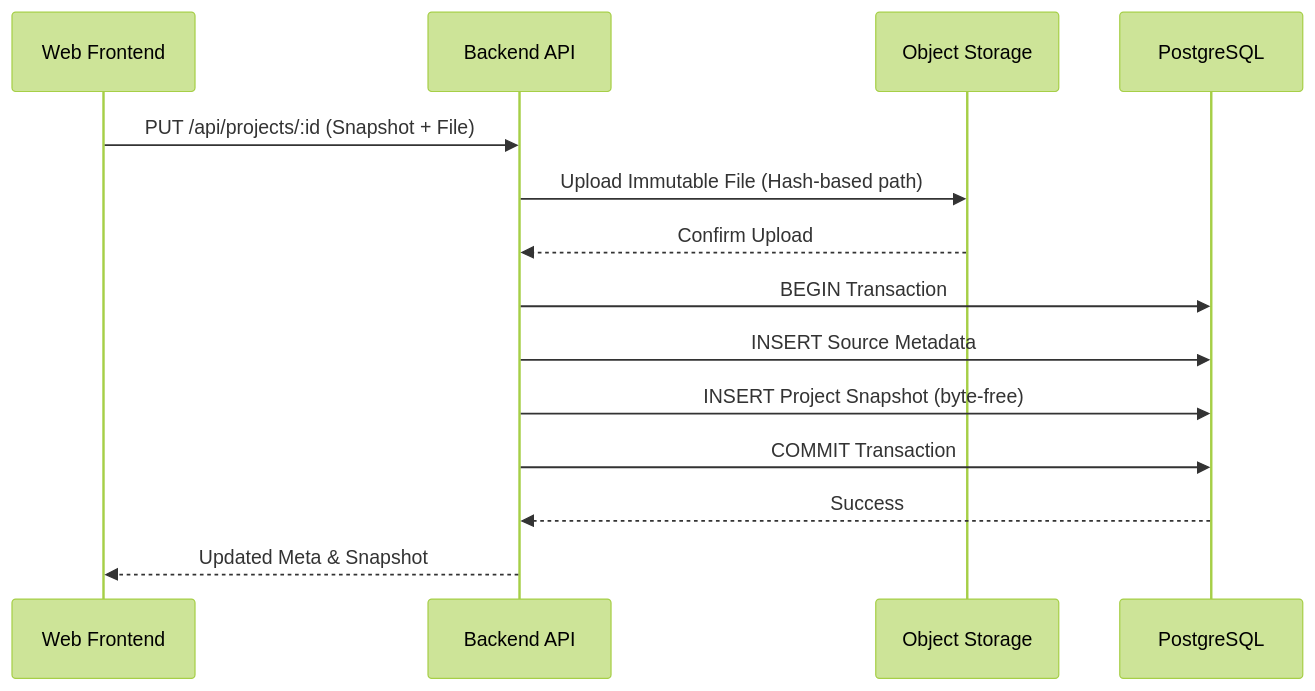
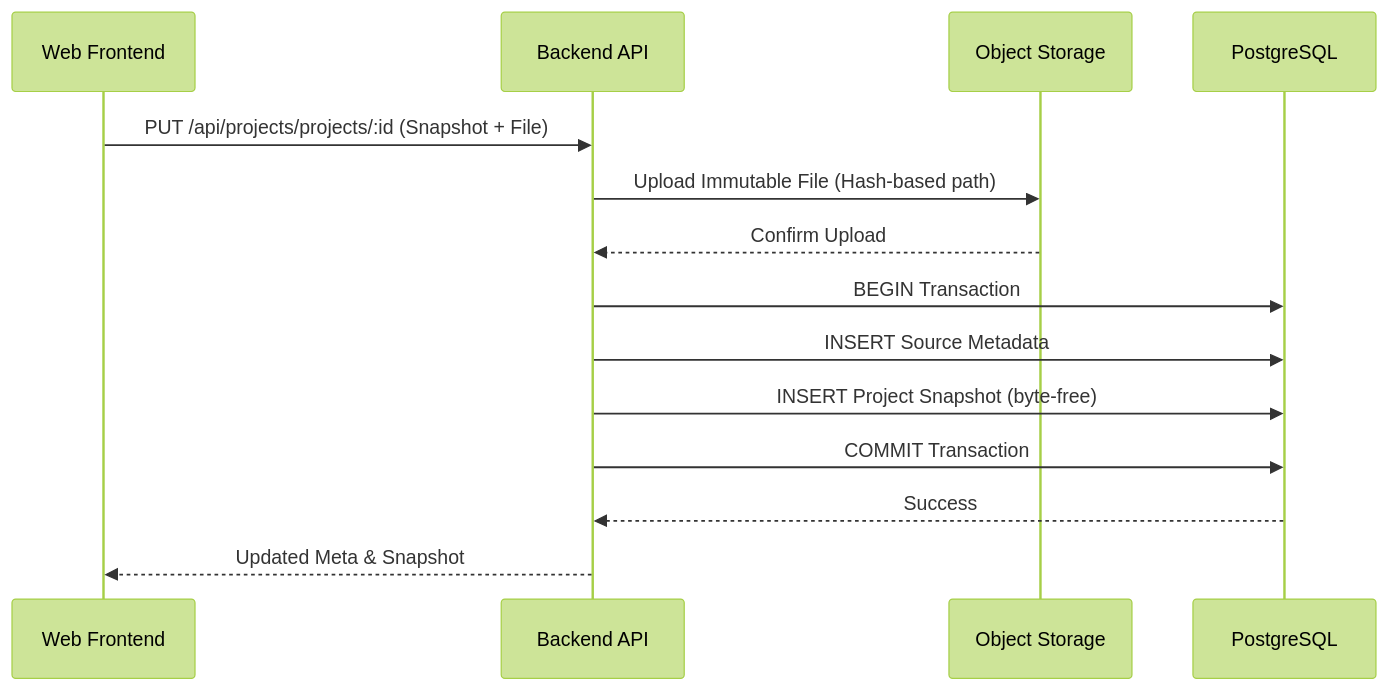
Before and after one commit to immagiov4/Nous: the second of 3 diagrams in .cubic/wiki/02-section-architecture/01-p-architecture.md, drawn with Mermaid (forest theme). The commit also changed other lines of this file and 12 other files, not shown here.

````diff
--- a/.cubic/wiki/02-section-architecture/01-p-architecture.md
+++ b/.cubic/wiki/02-section-architecture/01-p-architecture.md
@@ -73,17 +73,17 @@
 ```mermaid
 sequenceDiagram
     participant Web as Web Frontend
     participant API as Backend API
     participant Storage as Object Storage
     participant DB as PostgreSQL
     
-    Web->>API: PUT /api/projects/:id (Snapshot + File)
+    Web->>API: PUT /api/projects/projects/:id (Snapshot + File)
     API->>Storage: Upload Immutable File (Hash-based path)
     Storage-->>API: Confirm Upload
     API->>DB: BEGIN Transaction
     API->>DB: INSERT Source Metadata
     API->>DB: INSERT Project Snapshot (byte-free)
     API->>DB: COMMIT Transaction
     DB-->>API: Success
     API-->>Web: Updated Meta & Snapshot
 ```
````
